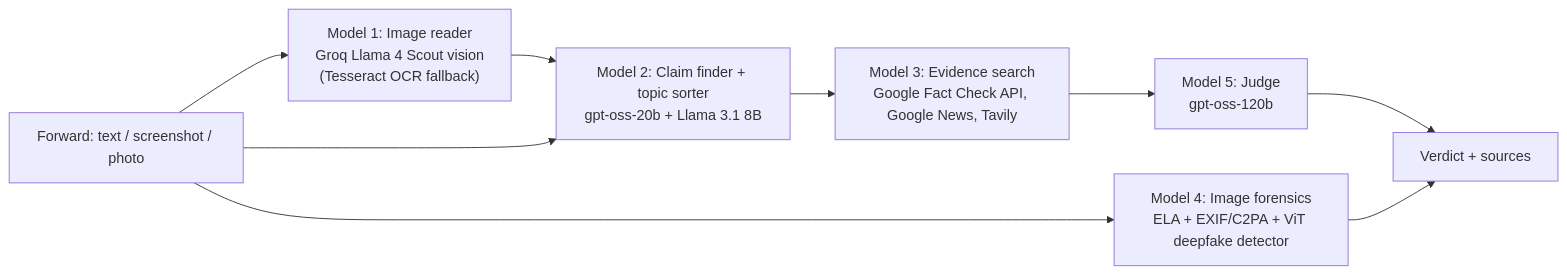
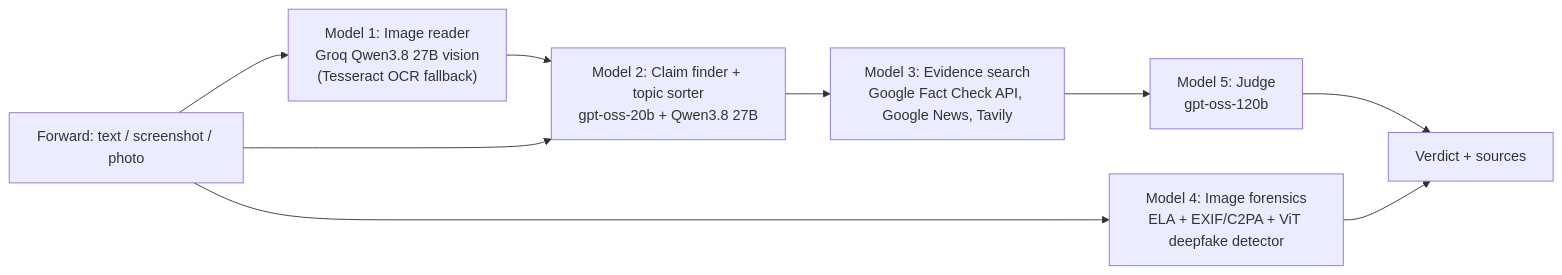
The diagram in README.md (heyvamshii/sach-check), drawn with Mermaid before and after one commit. The commit also changed other lines of this file and 15 other files, not shown here.

````diff
--- a/README.md
+++ b/README.md
@@ -13,11 +13,11 @@
 ```mermaid
 flowchart LR
     A[Forward: text / screenshot / photo] --> M1
-    M1["Model 1: Image reader<br/>Groq Llama 4 Scout vision<br/>(Tesseract OCR fallback)"] --> M2
+    M1["Model 1: Image reader<br/>Groq Qwen3.8 27B vision<br/>(Tesseract OCR fallback)"] --> M2
     A --> M2
-    M2["Model 2: Claim finder + topic sorter<br/>gpt-oss-20b + Llama 3.1 8B"] --> M3
+    M2["Model 2: Claim finder + topic sorter<br/>gpt-oss-20b + Qwen3.8 27B"] --> M3
     M3["Model 3: Evidence search<br/>Google Fact Check API, Google News, Tavily"] --> M5
     A --> M4["Model 4: Image forensics<br/>ELA + EXIF/C2PA + ViT deepfake detector"]
     M5["Model 5: Judge<br/>gpt-oss-120b"] --> V[Verdict + sources]
     M4 --> V
 ```
````
